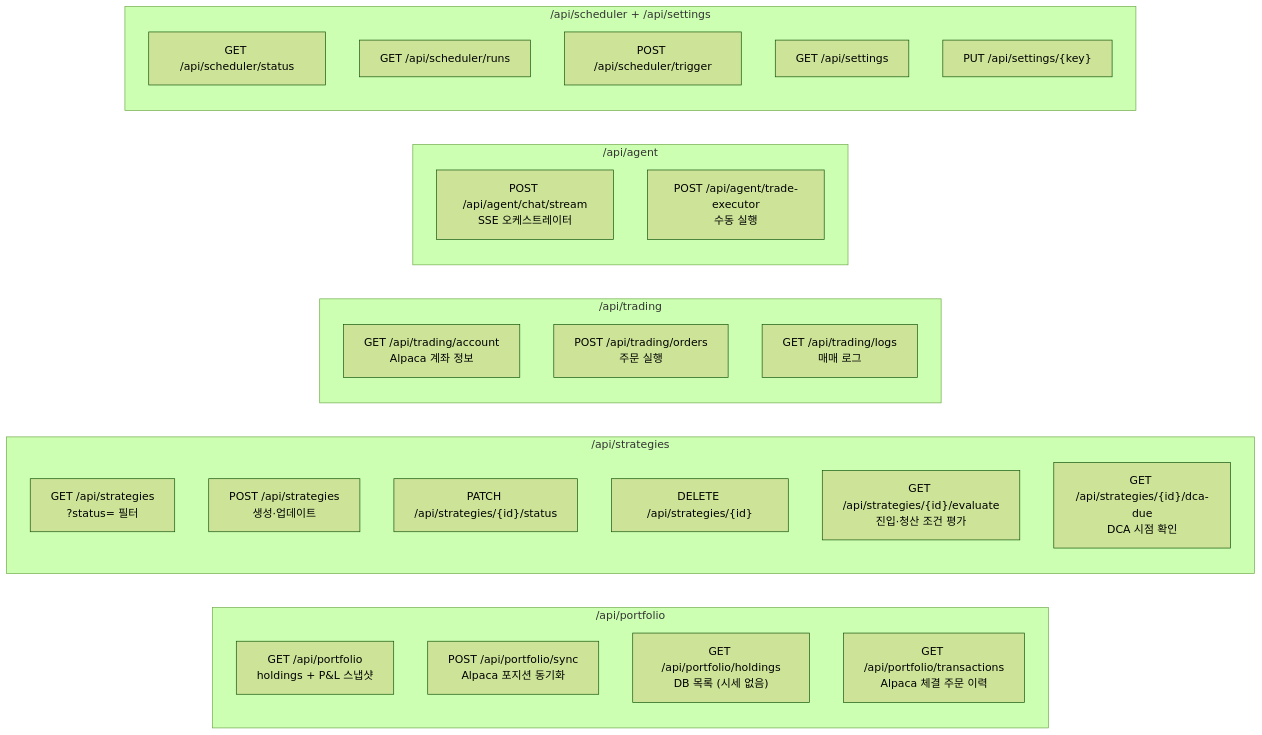
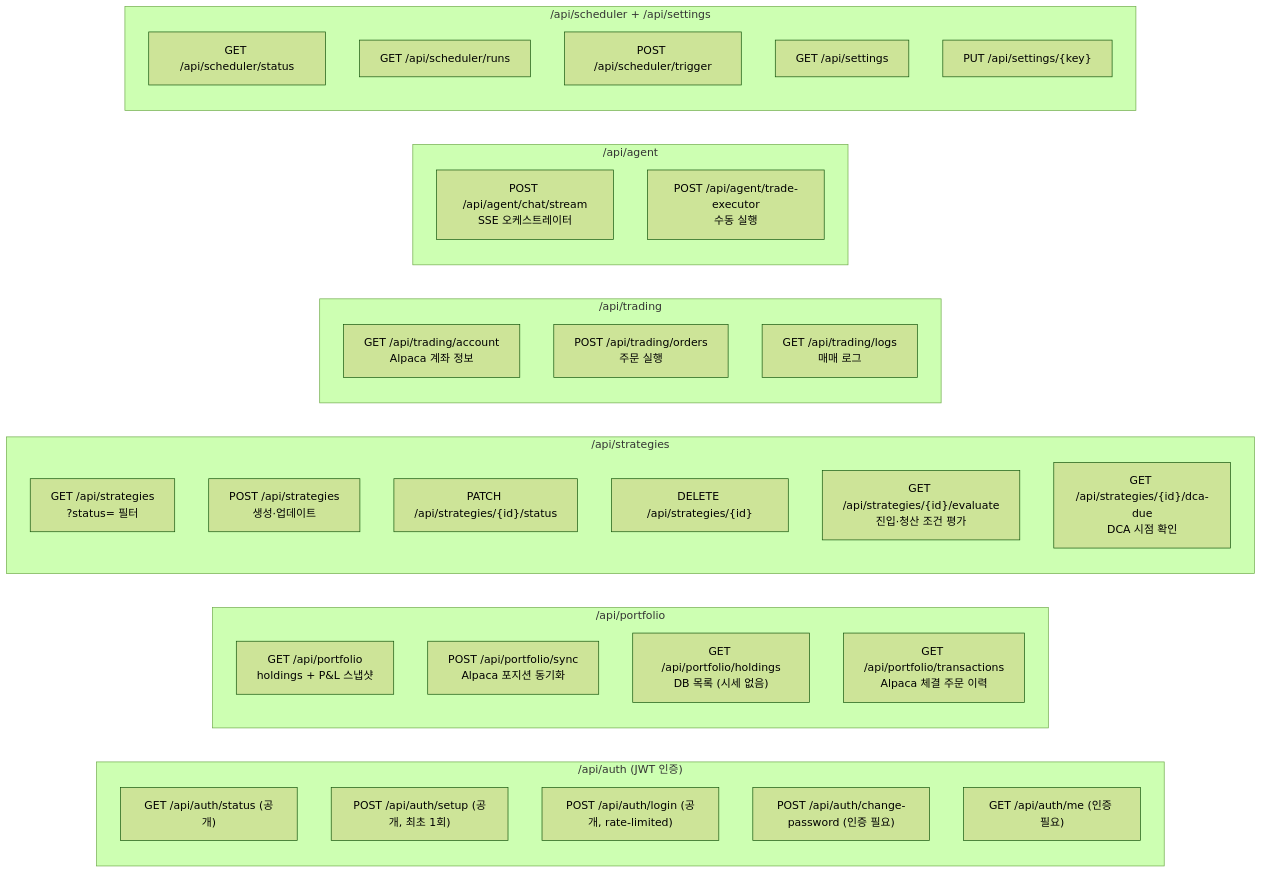
One commit to yogurt-c/auto-trading changed the fourth of 5 diagrams in .claude/docs/architecture-ddd.md. Above: the diagram before and after it, drawn with Mermaid (forest theme). The commit also changed 26 other files, not shown here.

````diff
--- a/.claude/docs/architecture-ddd.md
+++ b/.claude/docs/architecture-ddd.md
@@ -162,37 +162,45 @@
 ```mermaid
 graph LR
+    subgraph auth["/api/auth (JWT 인증)"]
+        AU1["GET /api/auth/status (공개)"]
+        AU2["POST /api/auth/setup (공개, 최초 1회)"]
+        AU3["POST /api/auth/login (공개, rate-limited)"]
+        AU4["POST /api/auth/change-password (인증 필요)"]
+        AU5["GET /api/auth/me (인증 필요)"]
+    end
+
     subgraph portfolio["/api/portfolio"]
         P1["GET /api/portfolio<br/>holdings + P&L 스냅샷"]
         P2["POST /api/portfolio/sync<br/>Alpaca 포지션 동기화"]
         P3["GET /api/portfolio/holdings<br/>DB 목록 (시세 없음)"]
         P4["GET /api/portfolio/transactions<br/>Alpaca 체결 주문 이력"]
     end
 
     subgraph strategies["/api/strategies"]
         S1["GET /api/strategies<br/>?status= 필터"]
         S2["POST /api/strategies<br/>생성·업데이트"]
         S3["PATCH /api/strategies/{id}/status"]
         S4["DELETE /api/strategies/{id}"]
         S5["GET /api/strategies/{id}/evaluate<br/>진입·청산 조건 평가"]
         S6["GET /api/strategies/{id}/dca-due<br/>DCA 시점 확인"]
     end
 
     subgraph trading["/api/trading"]
         T1["GET /api/trading/account<br/>Alpaca 계좌 정보"]
         T2["POST /api/trading/orders<br/>주문 실행"]
         T3["GET /api/trading/logs<br/>매매 로그"]
     end
 
     subgraph agent["/api/agent"]
         A1["POST /api/agent/chat/stream<br/>SSE 오케스트레이터"]
         A2["POST /api/agent/trade-executor<br/>수동 실행"]
     end
 
     subgraph sched["/api/scheduler + /api/settings"]
         SC1["GET /api/scheduler/status"]
         SC2["GET /api/scheduler/runs"]
         SC3["POST /api/scheduler/trigger"]
         SC4["GET /api/settings"]
         SC5["PUT /api/settings/{key}"]
     end
 ```
````
